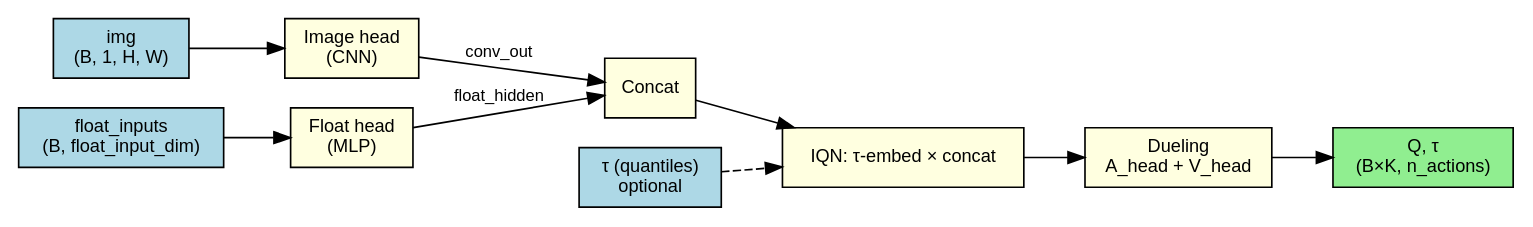
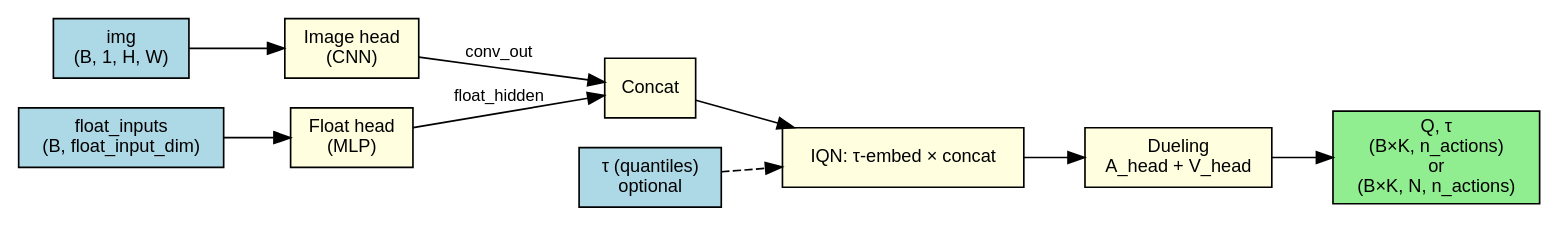
Before and after one commit to ArtyomZemlyak/rulka: the first of 5 diagrams in docs/source/experiments/models/iqn_architecture.rst, drawn with Graphviz. The commit also changed other lines of this file and 89 other files, not shown here.

```diff
--- a/docs/source/experiments/models/iqn_architecture.rst
+++ b/docs/source/experiments/models/iqn_architecture.rst
@@ -98,37 +101,37 @@
 .. graphviz::
 
    digraph iqn_high_level {
       rankdir=LR;
       node [shape=box, fontname="Helvetica", fontsize=11];
       edge [fontname="Helvetica", fontsize=10];
 
       subgraph inputs {
         node [fillcolor=lightblue, style="filled"];
         img [label="img\n(B, 1, H, W)"];
         floats [label="float_inputs\n(B, float_input_dim)"];
         tau_in [label="τ (quantiles)\noptional"];
       }
 
       subgraph backbone {
         node [fillcolor=lightyellow, style="filled"];
         img_head [label="Image head\n(CNN)"];
         float_head [label="Float head\n(MLP)"];
         concat [label="Concat"];
         iqn_block [label="IQN: τ-embed × concat"];
         dueling [label="Dueling\nA_head + V_head"];
       }
 
       subgraph outputs {
         node [fillcolor=lightgreen, style="filled"];
-        Q_out [label="Q, τ\n(B×K, n_actions)"];
+        Q_out [label="Q, τ\n(B×K, n_actions)\nor\n(B×K, N, n_actions)"];
       }
 
       img -> img_head;
       floats -> float_head;
       img_head -> concat [label="conv_out"];
       float_head -> concat [label="float_hidden"];
       concat -> iqn_block;
       tau_in -> iqn_block [style=dashed];
       iqn_block -> dueling;
       dueling -> Q_out;
    }
```
